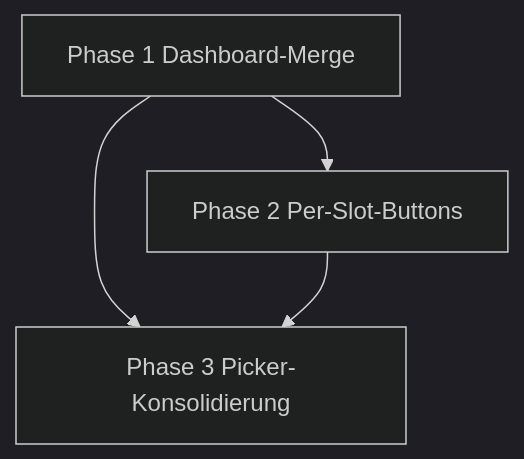
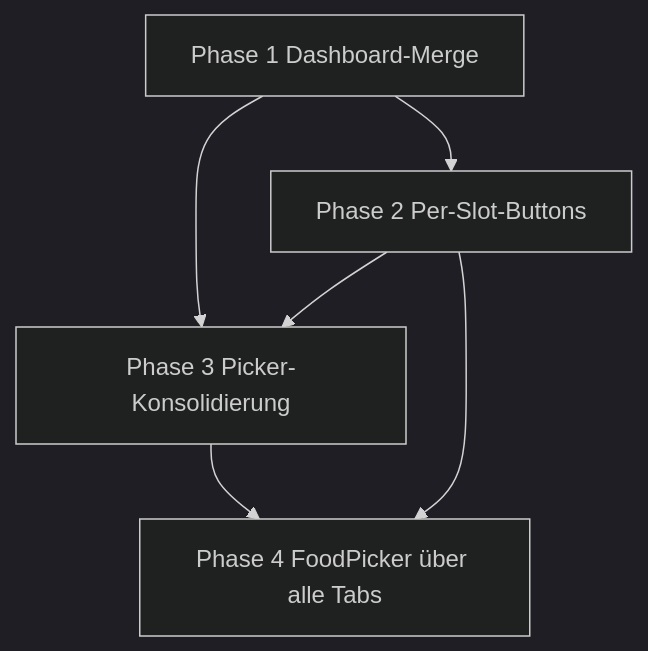
One commit to HermanoGranger/EZ-Makro changed the diagram in docs/REFINEMENT_PLAN.md. Above: the diagram before and after it, drawn with Mermaid (dark theme). The commit also changed other lines of this file, not shown here.

Commit message:
docs: Phase 4 Refinement-Plan - FoodPicker über alle Tabs vereinheitlichen (Tap -> Detail, '+' -> kontextabhängig, Add-Button auf Detailseiten)

````diff
--- a/docs/REFINEMENT_PLAN.md
+++ b/docs/REFINEMENT_PLAN.md
@@ -334,6 +334,8 @@
 ```mermaid
 graph TD
     A[Phase 1 Dashboard-Merge] --> B[Phase 2 Per-Slot-Buttons]
     A --> C[Phase 3 Picker-Konsolidierung]
     B --> C
+    C --> D[Phase 4 FoodPicker über alle Tabs]
+    B --> D
 ```
````
